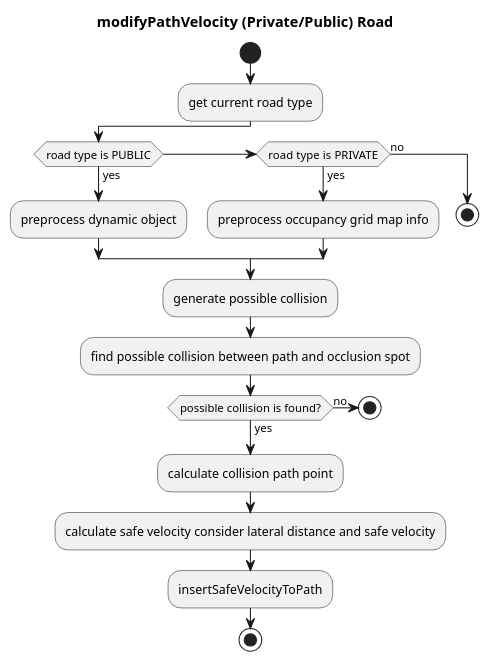
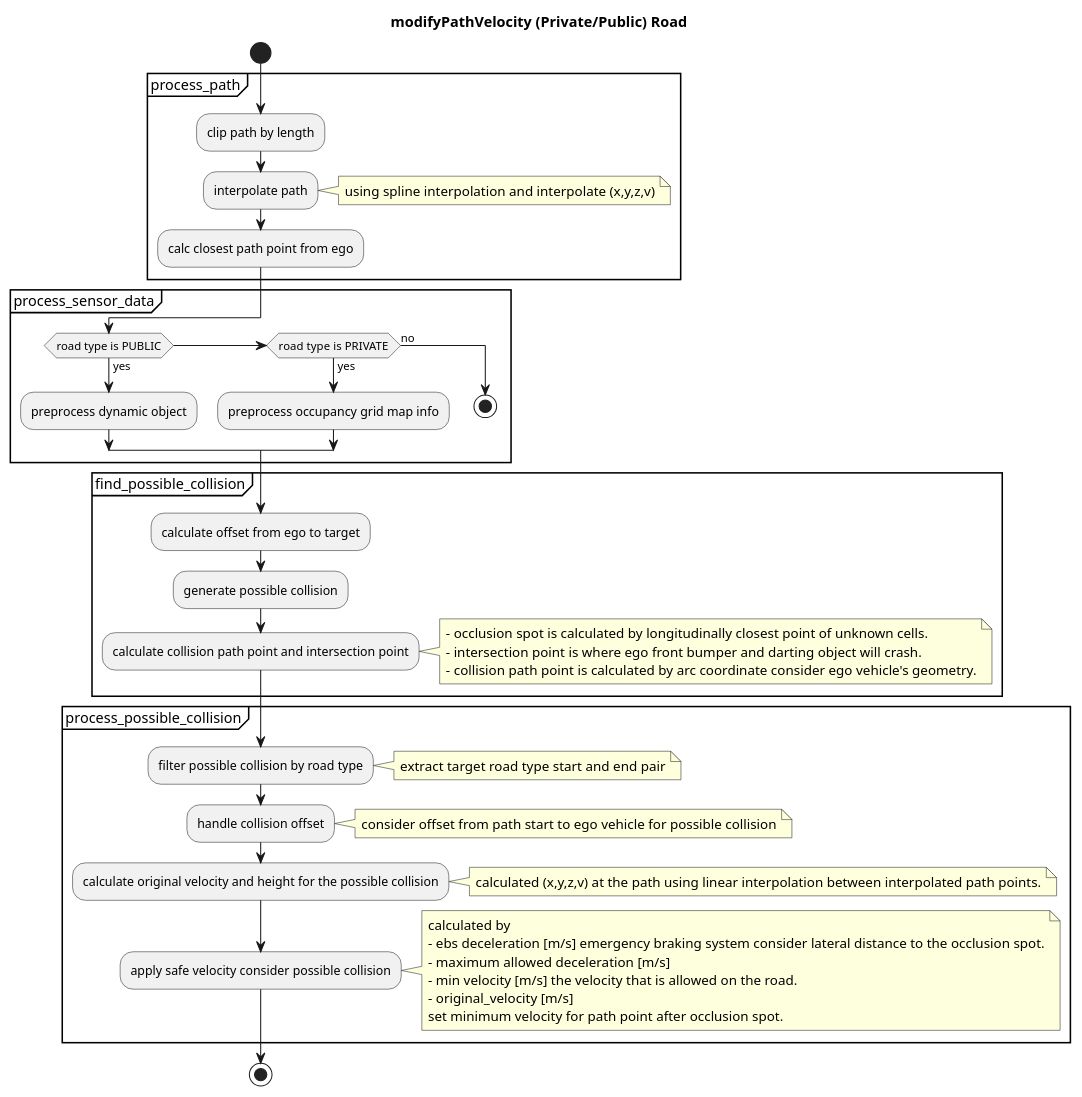
The first of 3 diagrams in planning/behavior_velocity_planner/occlusion-spot-design.md (autowarefoundation/autoware.universe), drawn with PlantUML before and after one commit. The commit also changed other lines of this file and 1 other file, not shown here.

Commit message:
doc(behavior_velocity): update occlusion spot doc

````diff
--- a/planning/behavior_velocity_planner/occlusion-spot-design.md
+++ b/planning/behavior_velocity_planner/occlusion-spot-design.md
@@ -89,33 +89,60 @@
 ```plantuml
 @startuml
 title modifyPathVelocity (Private/Public) Road
 start
 
-:get current road type;
+partition process_path {
+:clip path by length;
+:interpolate path;
+note right
+  using spline interpolation and interpolate (x,y,z,v)
+end note
+:calc closest path point from ego;
+}
 
+partition process_sensor_data {
 if (road type is PUBLIC) then (yes)
   :preprocess dynamic object;
 else if (road type is PRIVATE) then (yes)
   :preprocess occupancy grid map info;
 else (no)
   stop
 endif
+}
+partition find_possible_collision {
+:calculate offset from ego to target;
+:generate possible collision;
+:calculate collision path point and intersection point;
+note right
+  - occlusion spot is calculated by longitudinally closest point of unknown cells.
+  - intersection point is where ego front bumper and darting object will crash.
+  - collision path point is calculated by arc coordinate consider ego vehicle's geometry.
+end note
 
-:generate possible collision;
-
-:find possible collision between path and occlusion spot;
-
-if (possible collision is found?) then (yes)
-else (no)
-  stop
-endif
-
-:calculate collision path point;
-
-:calculate safe velocity consider lateral distance and safe velocity;
-
-:insertSafeVelocityToPath;
-
+}
+partition process_possible_collision {
+:filter possible collision by road type;
+note right
+extract target road type start and end pair
+end note
+:handle collision offset;
+note right
+consider offset from path start to ego vehicle for possible collision
+end note
+:calculate original velocity and height for the possible collision;
+note right
+calculated (x,y,z,v) at the path using linear interpolation between interpolated path points.
+end note
+:apply safe velocity consider possible collision;
+note right
+calculated by
+- ebs deceleration [m/s] emergency braking system consider lateral distance to the occlusion spot.
+- maximum allowed deceleration [m/s]
+- min velocity [m/s] the velocity that is allowed on the road.
+- original_velocity [m/s]
+set minimum velocity for path point after occlusion spot.
+end note
+}
 stop
 @enduml
 ```
````
